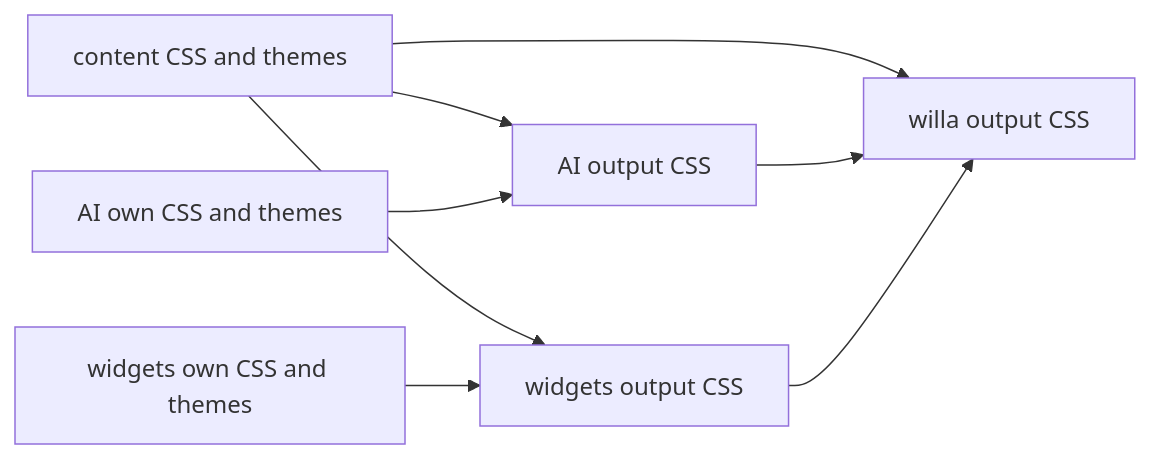
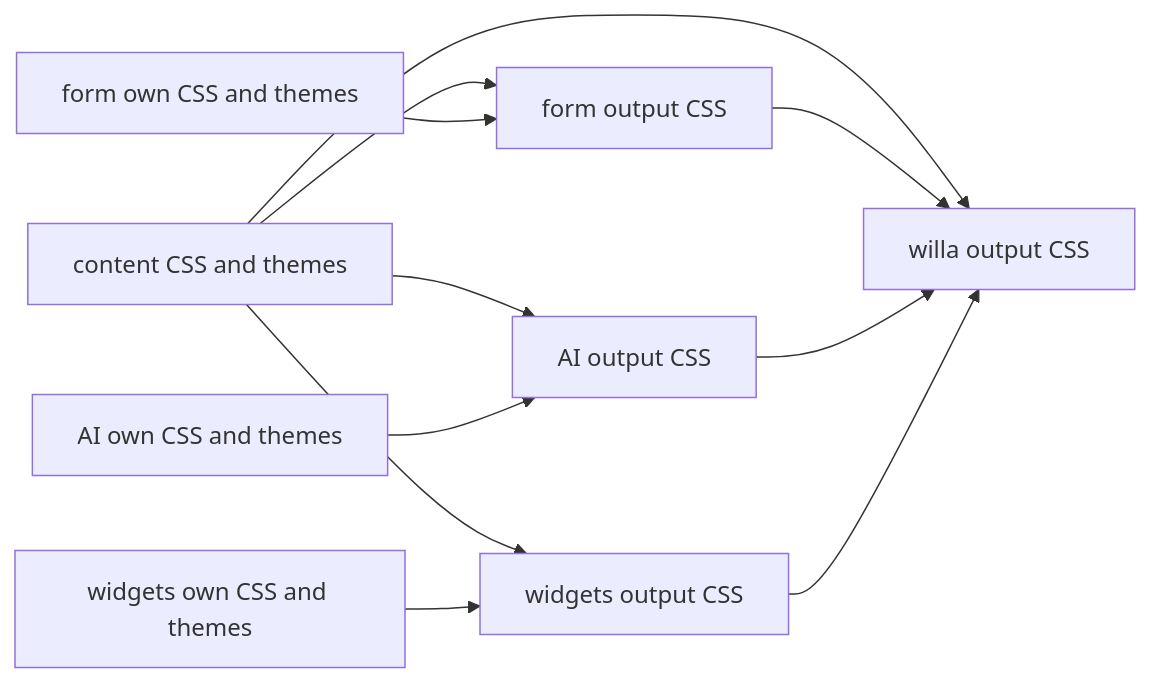
One commit to imtaotao/willa changed the third of 4 diagrams in docs/architecture.md. Above: the diagram before and after it, drawn with Mermaid. The commit also changed other lines of this file and 80 other files, not shown here.

````diff
--- a/docs/architecture.md
+++ b/docs/architecture.md
@@ -206,17 +227,22 @@
 ```mermaid
 flowchart LR
   contentCss["content CSS and themes"]
+  formOwn["form own CSS and themes"]
+  formCss["form output CSS"]
   aiOwn["AI own CSS and themes"]
   aiCss["AI output CSS"]
   widgetsOwn["widgets own CSS and themes"]
   widgetsCss["widgets output CSS"]
   willaCss["willa output CSS"]
 
+  contentCss --> formCss
+  formOwn --> formCss
   contentCss --> aiCss
   aiOwn --> aiCss
   contentCss --> widgetsCss
   widgetsOwn --> widgetsCss
   contentCss --> willaCss
+  formCss --> willaCss
   aiCss --> willaCss
   widgetsCss --> willaCss
 ```
````
